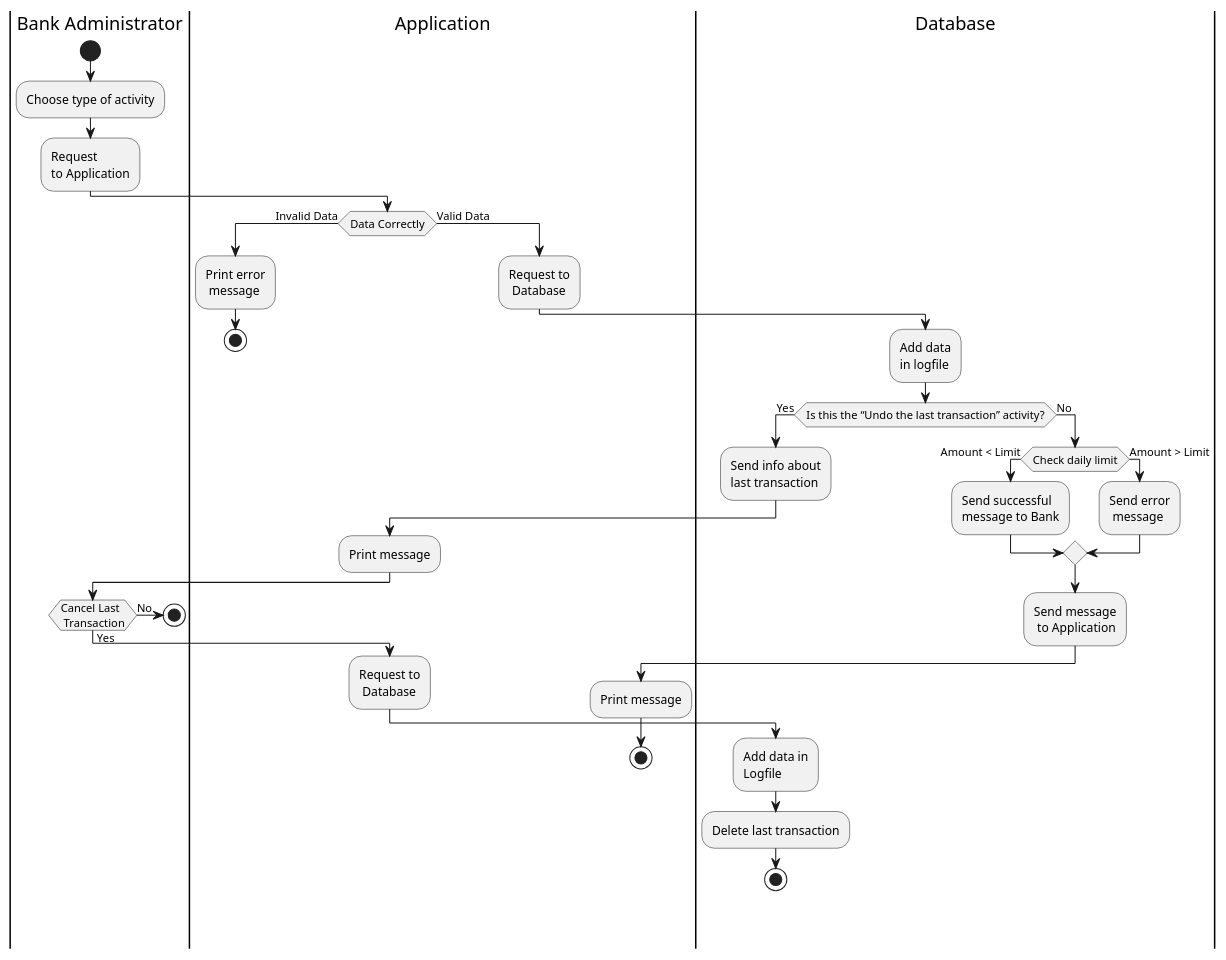
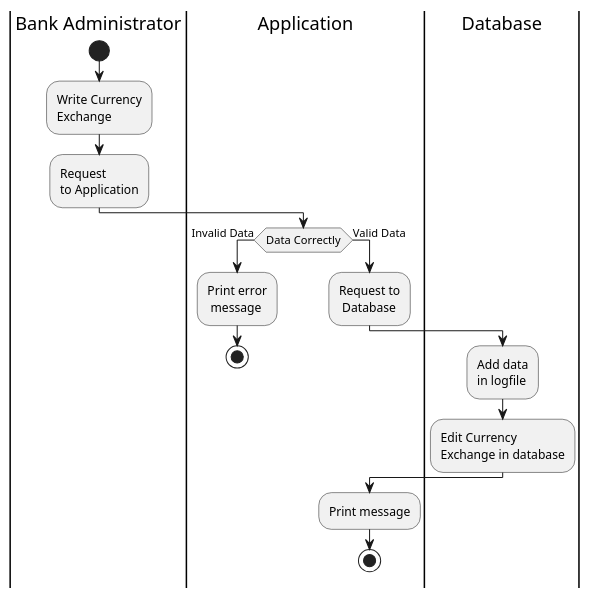
Before and after one commit to DanilaKe/ExchangeOfficeApplication: the diagram in ExchangeOfficeApplication/UML/ActivityAdministratorDiagram.puml, drawn with PlantUML. The commit also changed 5 other files, not shown here.

Commit message:
Change logic in diagrams.

```diff
--- a/ExchangeOfficeApplication/UML/ActivityAdministratorDiagram.puml
+++ b/ExchangeOfficeApplication/UML/ActivityAdministratorDiagram.puml
@@ -1,41 +1,18 @@
 @startuml
 |Bank Administrator|
     start
-    :Choose type of activity;
+    :Write Currency\nExchange;
     :Request\nto Application;
 |Application|
     if (Data Correctly) then (Invalid Data)
       :Print error\n message;
       stop
     else (Valid Data)
     :Request to\n Database;
 |Database|
     :Add data\nin logfile;
-    if (Is this the “Undo the last transaction” activity?) then (Yes)
-      :Send info about\nlast transaction;
+    :Edit Currency\nExchange in database;
 |Application|
       :Print message;
-|Bank Administrator|
-      if (Cancel Last\n Transaction) then (No)
-      stop
-|Application|
-      else (Yes)
-      :Request to\n Database;
-|Database|
-      :Add data in\nLogfile;
-      :Delete last transaction;   
-      stop
-      endif
-|Database|
-    else (No)
-    if (Check daily limit) then (Amount < Limit)
-    :Send successful\nmessage to Bank;
-    else (Amount > Limit)
-    |Database|
-    :Send error\n message;
-    endif
-        :Send message\n to Application;
-        |Application|
-        :Print message;
 stop
 @enduml
```
